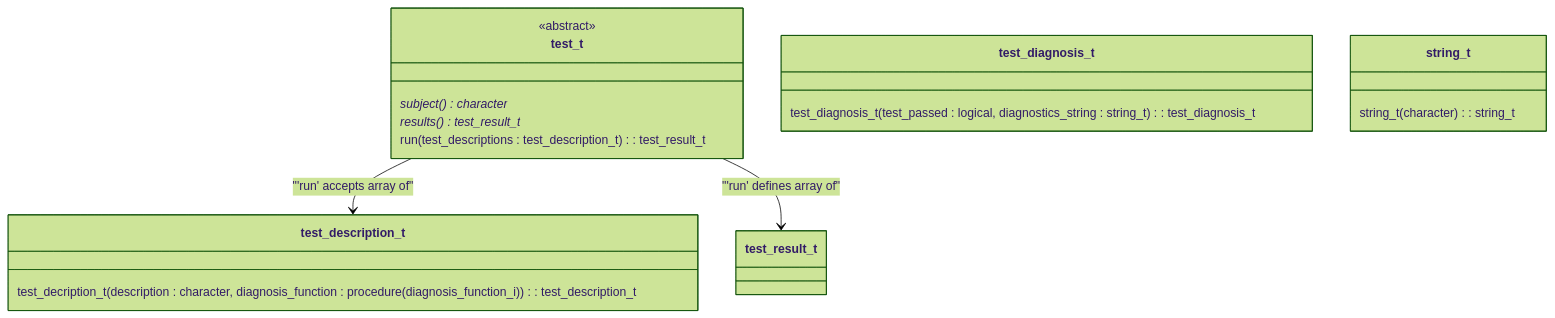
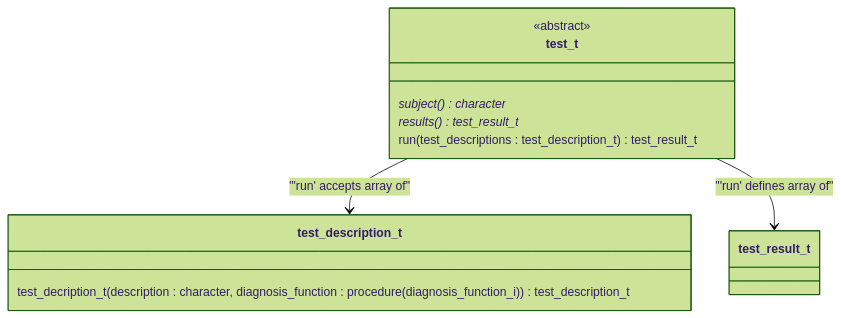
One commit to BerkeleyLab/julienne changed the first of 5 diagrams in demo/README.md. Above: the diagram before and after it, drawn with Mermaid (forest theme). The commit also changed other lines of this file, not shown here.

````diff
--- a/demo/README.md
+++ b/demo/README.md
@@ -37,25 +40,17 @@
 ```mermaid
 classDiagram
 
 test_t --> test_description_t : "'run' accepts array of"
 test_t --> test_result_t : "'run' defines array of"
 
 class test_t{
   <<abstract>>
     subject() character *
     results() test_result_t *
-    run(test_descriptions : test_description_t) : test_result_t
+    run(test_descriptions : test_description_t) test_result_t
 }
 
 class test_description_t{
-   test_decription_t(description : character, diagnosis_function : procedure(diagnosis_function_i)) : test_description_t
-}
-
-class test_diagnosis_t{
-   test_diagnosis_t(test_passed : logical, diagnostics_string : string_t) : test_diagnosis_t
-}
-
-class string_t{
-   string_t(character) : string_t
+   test_decription_t(description : character, diagnosis_function : procedure(diagnosis_function_i)) test_description_t
 }
 ```
````
